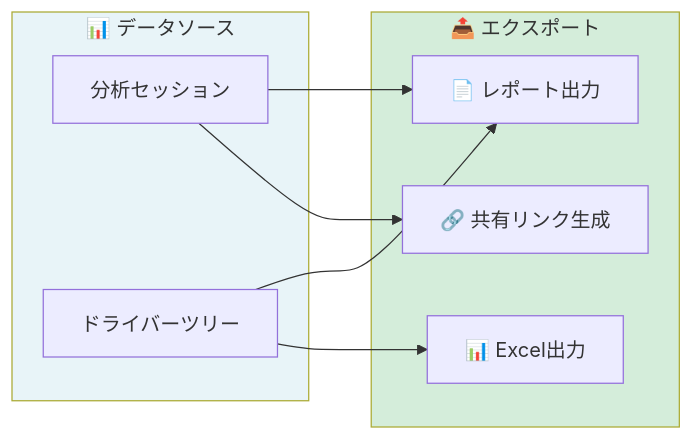
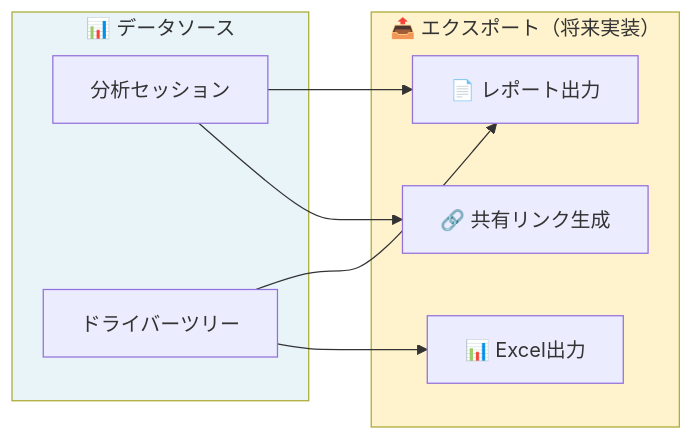
Before and after one commit to nomura-koshiro/genai-app-docs: diagram 22 of 30 in docs/specifications/01-usercases/04-usecase-flowcharts.md, drawn with Mermaid. The commit also changed other lines of this file and 6 other files, not shown here.

```diff
--- a/docs/specifications/01-usercases/04-usecase-flowcharts.md
+++ b/docs/specifications/01-usercases/04-usecase-flowcharts.md
@@ -691,21 +693,21 @@
 ::: mermaid
 graph LR
     subgraph source["📊 データソース"]
         S1["分析セッション"]
         S2["ドライバーツリー"]
     end
 
-    subgraph export["📤 エクスポート"]
+    subgraph export["📤 エクスポート（将来実装）"]
         E1["📄 レポート出力"]
         E2["📊 Excel出力"]
         E3["🔗 共有リンク生成"]
     end
 
     S1 --> E1
     S1 --> E3
     S2 --> E1
     S2 --> E2
 
     style source fill:#e8f4f8
-    style export fill:#d4edda
+    style export fill:#fff3cd
 :::
```
